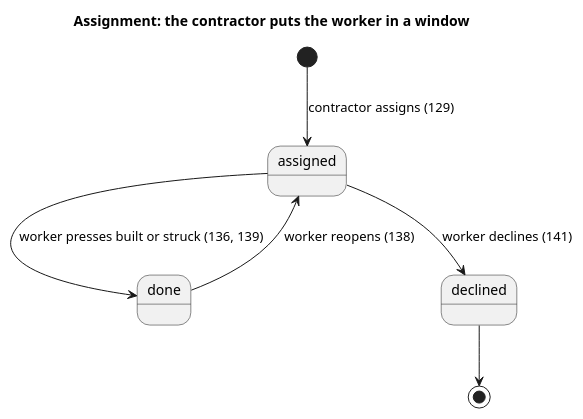
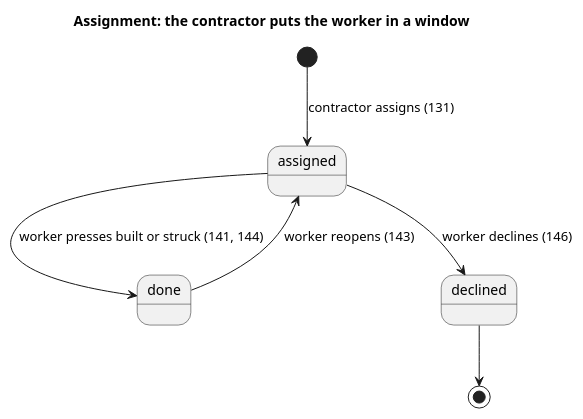
The diagram in uml/londons/src/assignment.puml (blueshed/dzql), drawn with PlantUML before and after one commit. The commit also changed 15 other files, not shown here.

```diff
--- a/uml/londons/src/assignment.puml
+++ b/uml/londons/src/assignment.puml
@@ -1,8 +1,8 @@
 @startuml
 title Assignment: the contractor puts the worker in a window
-[*] --> assigned : contractor assigns (129)
-assigned --> done : worker presses built or struck (136, 139)
-done --> assigned : worker reopens (138)
-assigned --> declined : worker declines (141)
+[*] --> assigned : contractor assigns (131)
+assigned --> done : worker presses built or struck (141, 144)
+done --> assigned : worker reopens (143)
+assigned --> declined : worker declines (146)
 declined --> [*]
 @enduml
```
